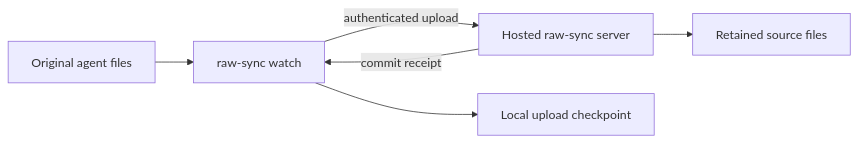
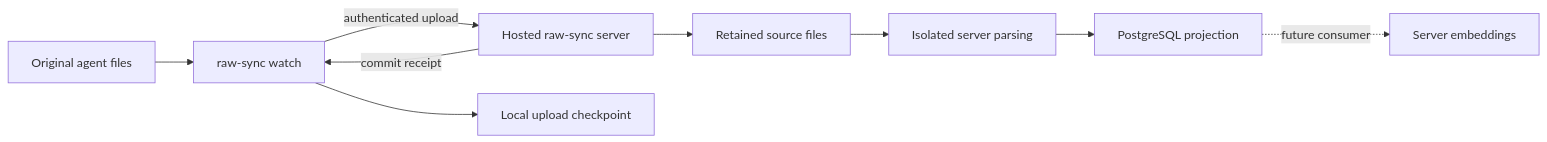
Before and after one commit to 899ms/agentsview: the diagram in docs/hosted-raw-sync.md, drawn with Mermaid. The commit also changed other lines of this file and 169 other files, not shown here.

````diff
--- a/docs/hosted-raw-sync.md
+++ b/docs/hosted-raw-sync.md
@@ -11,8 +12,11 @@
 ```mermaid
 flowchart LR
     Files["Original agent files"] --> Client["raw-sync watch"]
     Client -->|"authenticated upload"| Server["Hosted raw-sync server"]
     Server --> Storage["Retained source files"]
     Server -->|"commit receipt"| Client
     Client --> Checkpoint["Local upload checkpoint"]
+    Storage --> Parser["Isolated server parsing"]
+    Parser --> PostgreSQL["PostgreSQL projection"]
+    PostgreSQL -. "future consumer" .-> Embeddings["Server embeddings"]
 ```
````
